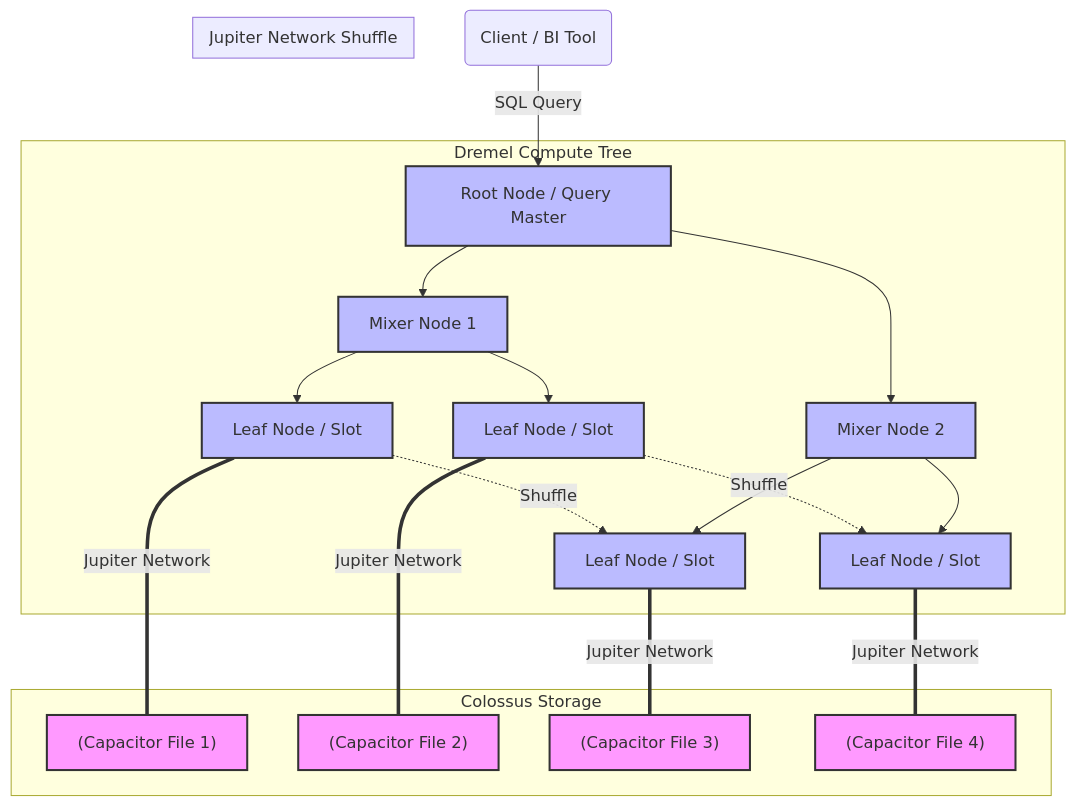
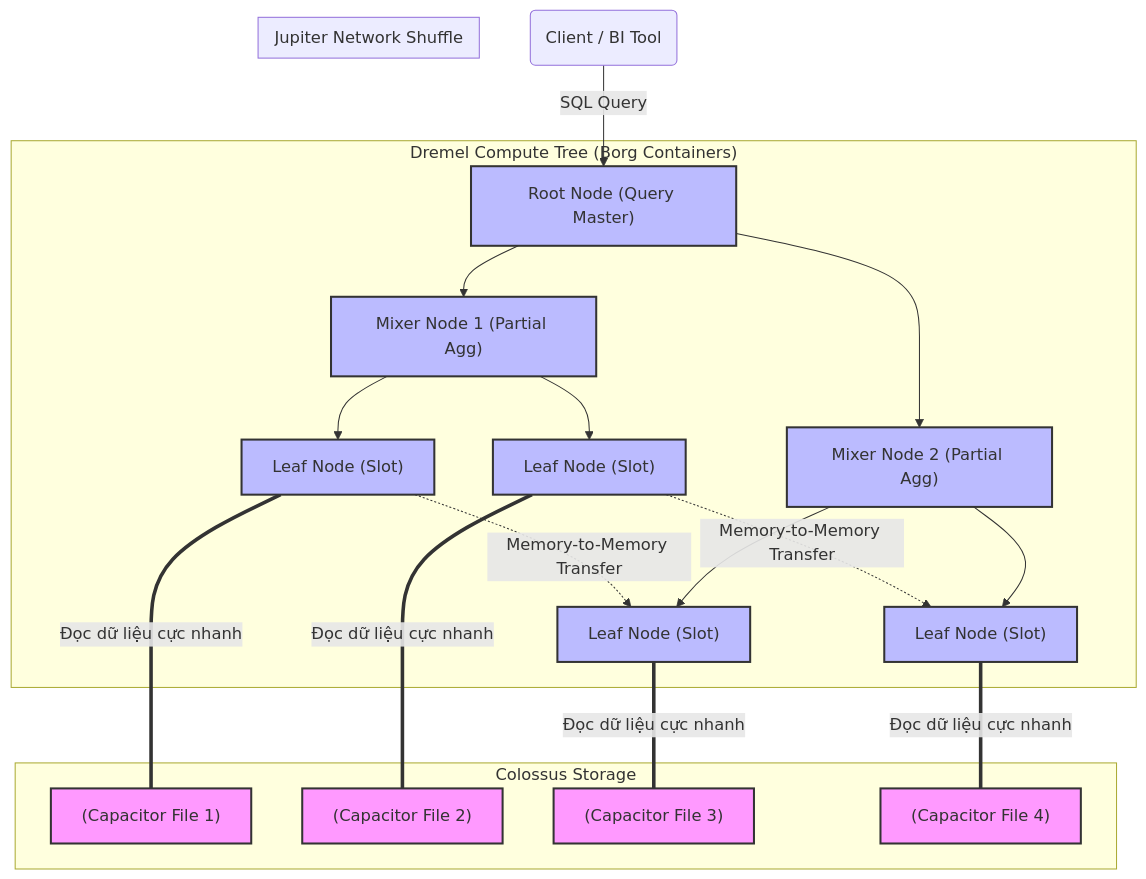
The diagram in src/content/docs/concepts/3-storage-engines-formats/serverless-data.md (kythuatdulieu/kythuatdulieu.github.io), drawn with Mermaid before and after one commit. The commit also changed other lines of this file and 228 other files, not shown here.

Commit message:
Fix syntax and rewrite 200+ concepts docs to deep-dive system architecture and add GA4 tracking to quiz app

````diff
--- a/src/content/docs/concepts/3-storage-engines-formats/serverless-data.md
+++ b/src/content/docs/concepts/3-storage-engines-formats/serverless-data.md
@@ -33,37 +32,36 @@
 ```mermaid
 graph TD
     classDef storage fill:#f9f,stroke:#333,stroke-width:2px;
     classDef compute fill:#bbf,stroke:#333,stroke-width:2px;
-    classDef network fill:#ff9,stroke:#333,stroke-width:2px;
 
-    Client("Client / BI Tool") -->|SQL Query| Root["Root Node / Query Master"]
+    Client("Client / BI Tool") -->|SQL Query| Root["Root Node (Query Master)"]
     
-    subgraph Dremel Compute Tree
-        Root --> M1["Mixer Node 1"]
-        Root --> M2["Mixer Node 2"]
+    subgraph Dremel_Compute_Tree["Dremel Compute Tree (Borg Containers)"]
+        Root --> M1["Mixer Node 1 (Partial Agg)"]
+        Root --> M2["Mixer Node 2 (Partial Agg)"]
         
-        M1 --> L1["Leaf Node / Slot"]
-        M1 --> L2["Leaf Node / Slot"]
-        M2 --> L3["Leaf Node / Slot"]
-        M2 --> L4["Leaf Node / Slot"]
+        M1 --> L1["Leaf Node (Slot)"]
+        M1 --> L2["Leaf Node (Slot)"]
+        M2 --> L3["Leaf Node (Slot)"]
+        M2 --> L4["Leaf Node (Slot)"]
     end
     
-    subgraph Jupiter Network Shuffle
-        L1 -.->|Shuffle| L3
-        L2 -.->|Shuffle| L4
+    subgraph Jupiter_Network["Jupiter Network Shuffle"]
+        L1 -.->|Memory-to-Memory Transfer| L3
+        L2 -.->|Memory-to-Memory Transfer| L4
     end
 
-    subgraph Colossus Storage
+    subgraph Colossus_Storage["Colossus Storage"]
         S1["(Capacitor File 1)"]:::storage
         S2["(Capacitor File 2)"]:::storage
         S3["(Capacitor File 3)"]:::storage
         S4["(Capacitor File 4)"]:::storage
     end
 
-    L1 ===|Jupiter Network| S1
-    L2 ===|Jupiter Network| S2
-    L3 ===|Jupiter Network| S3
-    L4 ===|Jupiter Network| S4
+    L1 ===|Đọc dữ liệu cực nhanh| S1
+    L2 ===|Đọc dữ liệu cực nhanh| S2
+    L3 ===|Đọc dữ liệu cực nhanh| S3
+    L4 ===|Đọc dữ liệu cực nhanh| S4
     
     class L1,L2,L3,L4,M1,M2,Root compute;
 ```
````
